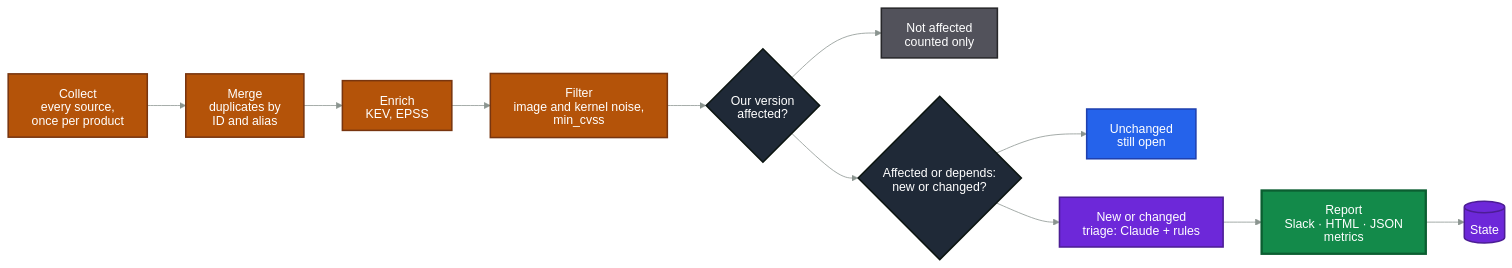
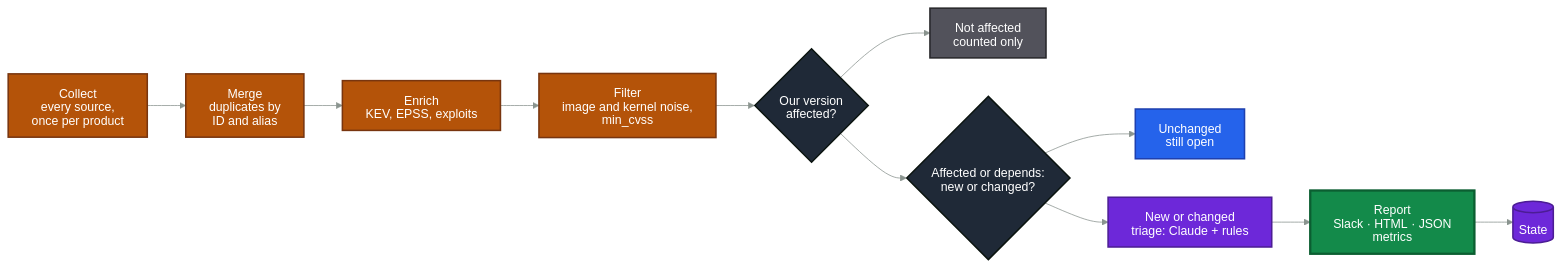
Before and after one commit to vasops/vulnwatch: the first of 2 diagrams in docs/how-it-works.md, drawn with Mermaid. The commit also changed other lines of this file and 61 other files, not shown here.

````diff
--- a/docs/how-it-works.md
+++ b/docs/how-it-works.md
@@ -3,29 +3,29 @@
 ```mermaid
 %%{init: {"htmlLabels": false, "flowchart": {"htmlLabels": false}, "theme": "base", "themeVariables": {"lineColor": "#8A948F", "titleColor": "#FFFFFF", "primaryTextColor": "#FFFFFF", "textColor": "#7A8781"}}}%%
 flowchart LR
   collect["Collect<br/>every source,<br/>once per product"] --> merge["Merge<br/>duplicates by<br/>ID and alias"]
-  merge --> enrich["Enrich<br/>KEV, EPSS"]
+  merge --> enrich["Enrich<br/>KEV, EPSS, exploits"]
   enrich --> filter["Filter<br/>image and kernel noise,<br/>min_cvss"]
   filter --> match{"Our version<br/>affected?"}
   match --> counted["Not affected<br/>counted only"]
   match --> changed{"Affected or depends:<br/>new or changed?"}
   changed --> open["Unchanged<br/>still open"]
   changed --> triage["New or changed<br/>triage: Claude + rules"]
   triage --> report["Report<br/>Slack · HTML · JSON<br/>metrics"]
   report --> state[("State")]
 
   classDef input fill:#2563EB,stroke:#1E40AF,stroke-width:2px,color:#FFFFFF
   classDef source fill:#B45309,stroke:#78350F,stroke-width:2px,color:#FFFFFF
   classDef core fill:#138A4A,stroke:#0B5E31,stroke-width:3px,color:#FFFFFF,font-weight:bold
   classDef output fill:#15803D,stroke:#14532D,stroke-width:2px,color:#FFFFFF
   classDef support fill:#6D28D9,stroke:#4C1D95,stroke-width:2px,color:#FFFFFF
   classDef muted fill:#52525B,stroke:#27272A,stroke-width:2px,color:#FFFFFF
   classDef decision fill:#1F2937,stroke:#0B1410,stroke-width:2px,color:#FFFFFF
   class collect,merge,enrich,filter source
   class match,changed decision
   class counted muted
   class open input
   class triage support
   class report core
   class state support
 ```
````
